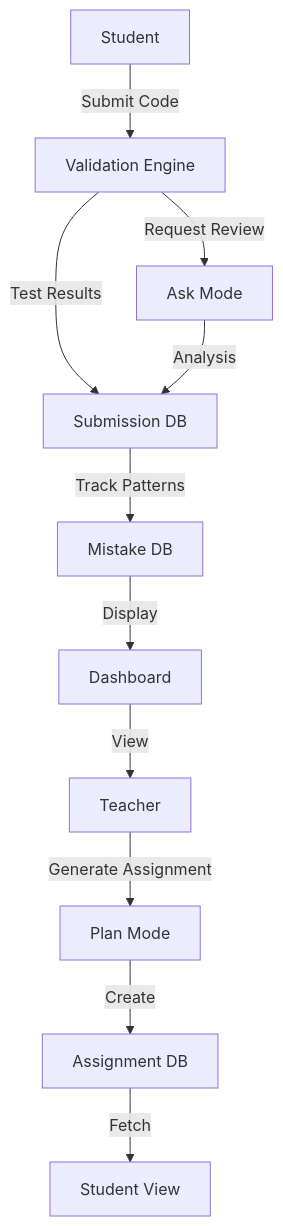
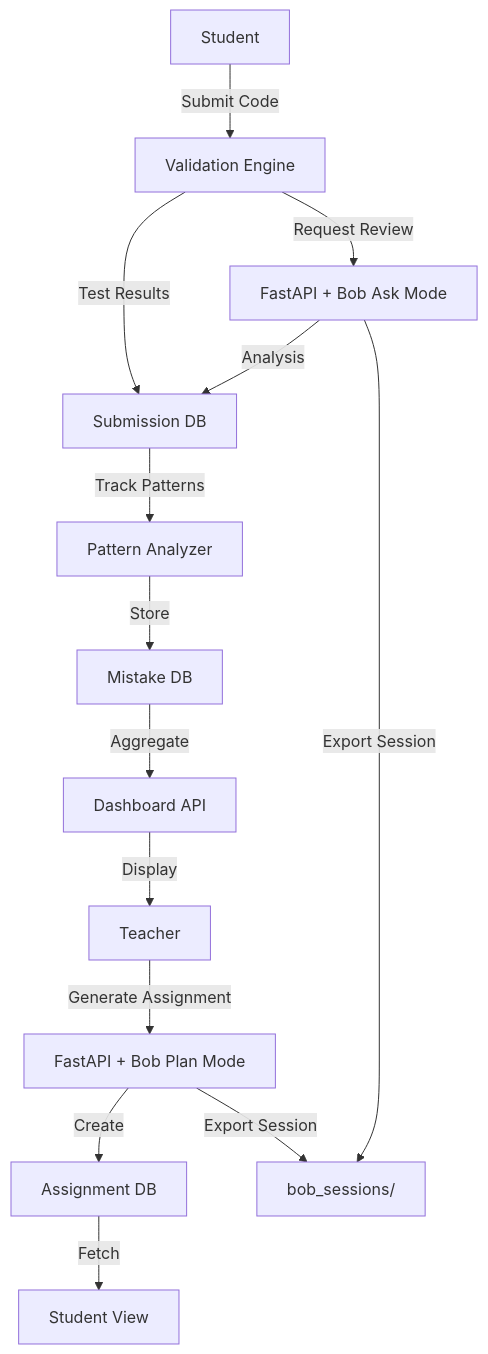
The diagram in phases.md (hansika2806/EduBob), drawn with Mermaid before and after one commit. The commit also changed other lines of this file, not shown here.

Commit message:
improved plan with analyzer and watsonx

````diff
--- a/phases.md
+++ b/phases.md
@@ -112,13 +262,16 @@
 ```mermaid
 graph TD
-    A[Teacher] -->|Generate Assignment| B[Plan Mode]
+    A[Teacher] -->|Generate Assignment| B[FastAPI + Bob Plan Mode]
     B -->|Create| C[Assignment DB]
     D[Student] -->|Submit Code| E[Validation Engine]
     E -->|Test Results| F[Submission DB]
-    E -->|Request Review| G[Ask Mode]
+    E -->|Request Review| G[FastAPI + Bob Ask Mode]
     G -->|Analysis| F
-    F -->|Track Patterns| H[Mistake DB]
-    H -->|Display| I[Dashboard]
-    C -->|Fetch| J[Student View]
-    I -->|View| A
+    F -->|Track Patterns| H[Pattern Analyzer]
+    H -->|Store| I[Mistake DB]
+    I -->|Aggregate| J[Dashboard API]
+    C -->|Fetch| K[Student View]
+    J -->|Display| A
+    B -->|Export Session| L[bob_sessions/]
+    G -->|Export Session| L
 ```
````
